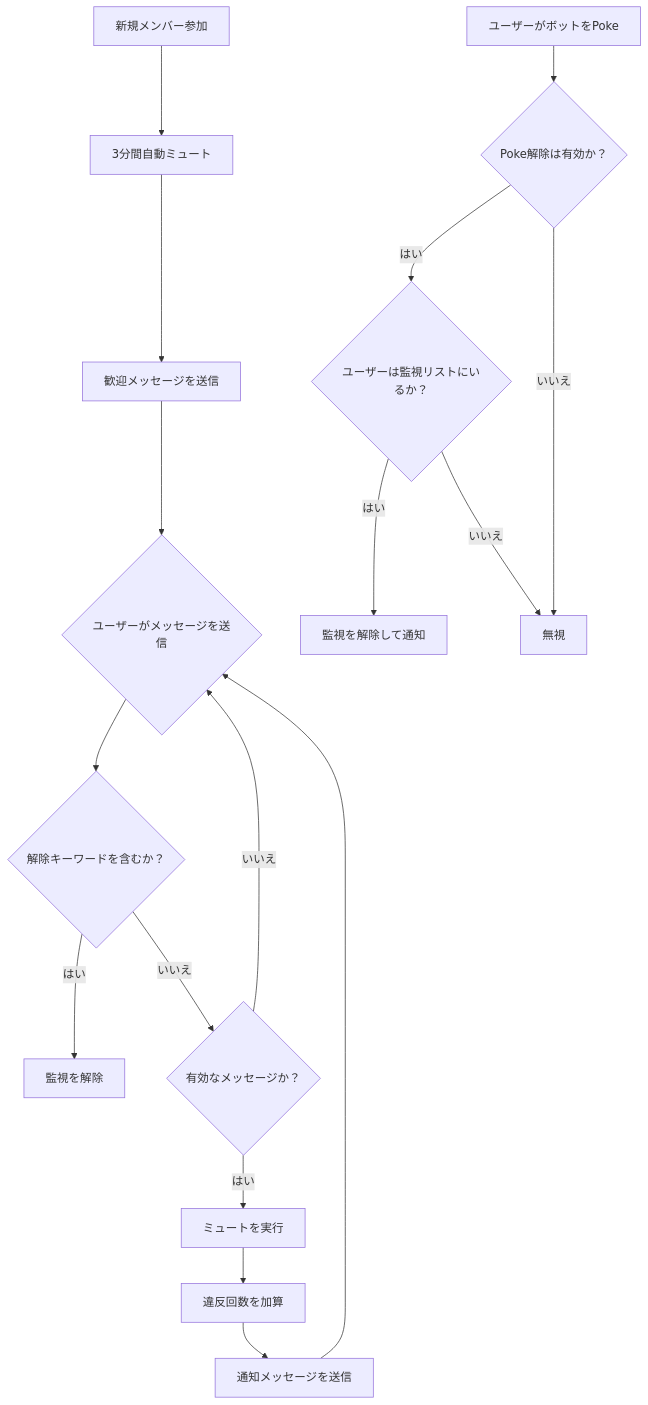
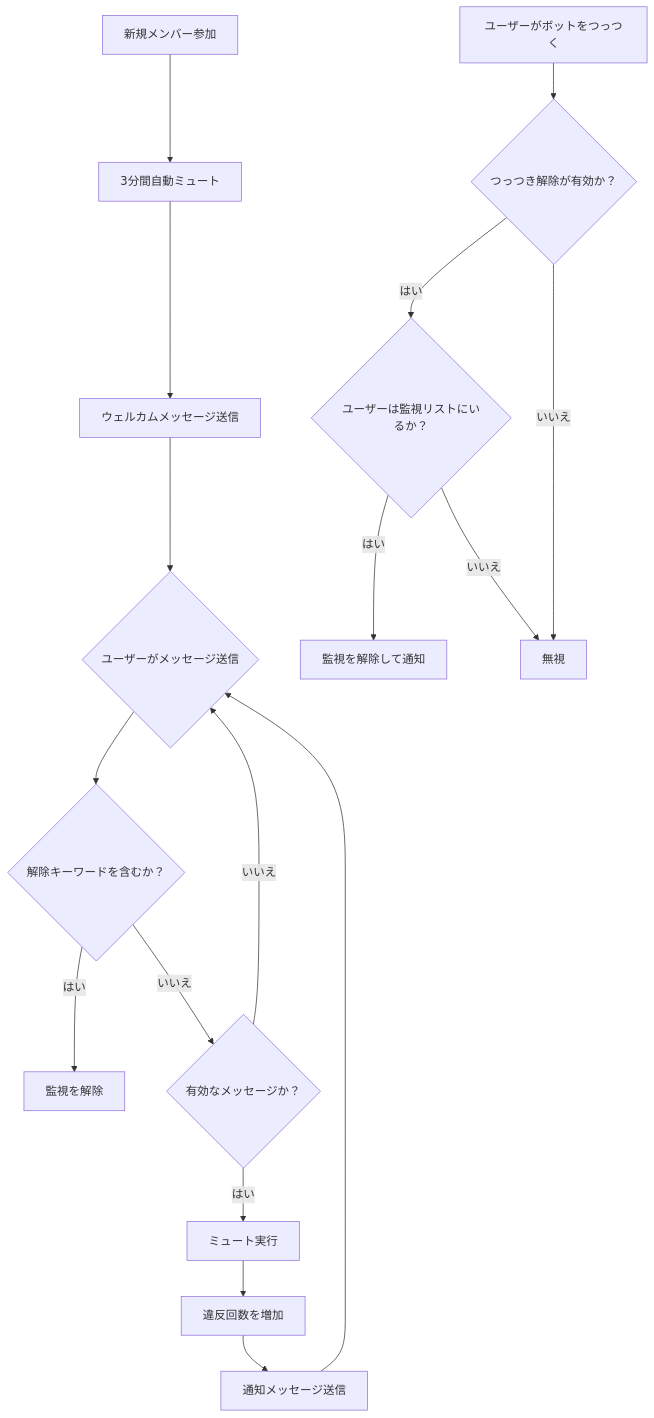
Before and after one commit to WishUponASnowflake/astrbot_plugin_auto_ban_new: the diagram in README_JP.md, drawn with Mermaid. The commit also changed other lines of this file, not shown here.

````diff
--- a/README_JP.md
+++ b/README_JP.md
@@ -118,20 +141,20 @@
 ```mermaid
 graph TD
     A[新規メンバー参加] --> B[3分間自動ミュート]
-    B --> C[歓迎メッセージを送信]
-    C --> D{ユーザーがメッセージを送信}
+    B --> C[ウェルカムメッセージ送信]
+    C --> D{ユーザーがメッセージ送信}
     D --> E{解除キーワードを含むか？}
     E -->|はい| F[監視を解除]
     E -->|いいえ| G{有効なメッセージか？}
     G -->|いいえ| D
-    G -->|はい| H[ミュートを実行]
-    H --> I[違反回数を加算]
-    I --> J[通知メッセージを送信]
+    G -->|はい| H[ミュート実行]
+    H --> I[違反回数を増加]
+    I --> J[通知メッセージ送信]
     J --> D
     
-    K[ユーザーがボットをPoke] --> L{Poke解除は有効か？}
+    K[ユーザーがボットをつっつく] --> L{つっつき解除が有効か？}
     L -->|はい| M{ユーザーは監視リストにいるか？}
     M -->|はい| N[監視を解除して通知]
     M -->|いいえ| O[無視]
     L -->|いいえ| O
 ```
````
